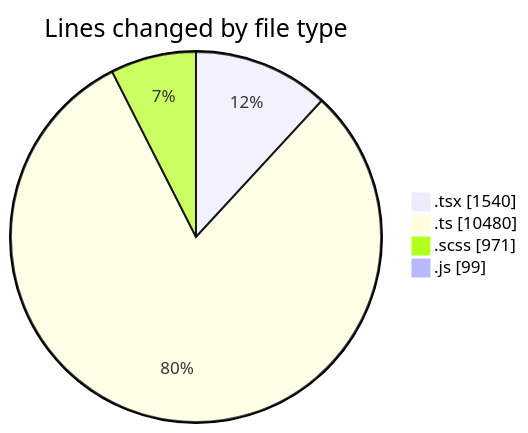
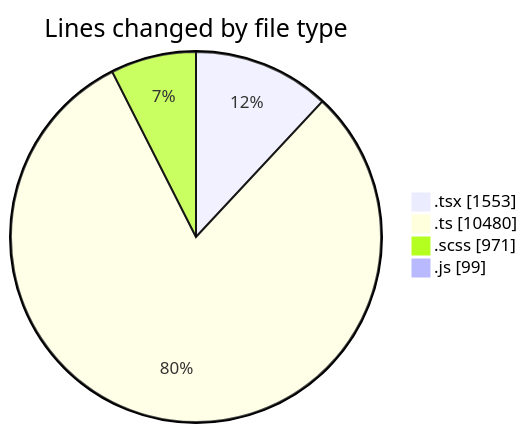
The first of 2 diagrams in 2025-03-26/cda/README.md (momahboobian/code-tracking), drawn with Mermaid before and after one commit. The commit also changed other lines of this file and 1 other file, not shown here.

````diff
--- a/2025-03-26/cda/README.md
+++ b/2025-03-26/cda/README.md
@@ -44,8 +44,8 @@
 ```mermaid
 pie showData
 title Lines changed by file type
-".tsx" : 1540
+".tsx" : 1553
 ".ts" : 10480
 ".scss" : 971
 ".js" : 99
 ```
````
